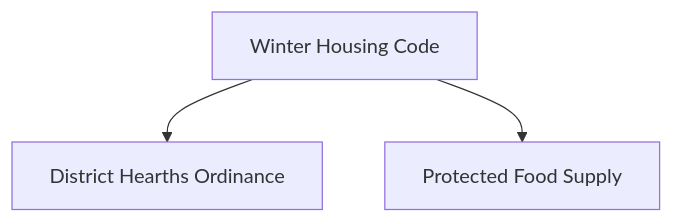
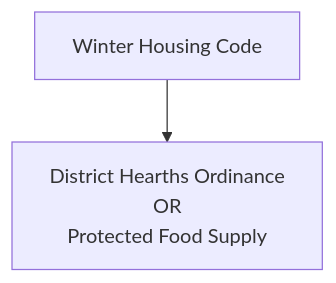
The third of 4 diagrams in docs/laws.md (HamzahAlrawi/frostpunk-new-industry), drawn with Mermaid before and after one commit. The commit also changed other lines of this file and 15 other files, not shown here.

````diff
--- a/docs/laws.md
+++ b/docs/laws.md
@@ -55,5 +53,4 @@
 ```mermaid
 flowchart TD
-    root["Winter Housing Code"] --> a["District Hearths Ordinance"]
-    root --> b["Protected Food Supply"]
+    root["Winter Housing Code"] --> choice["District Hearths Ordinance<br/>OR<br/>Protected Food Supply"]
 ```
````
